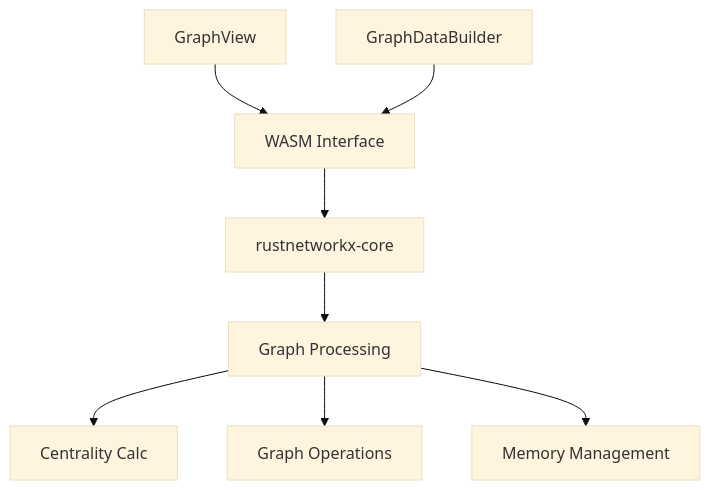
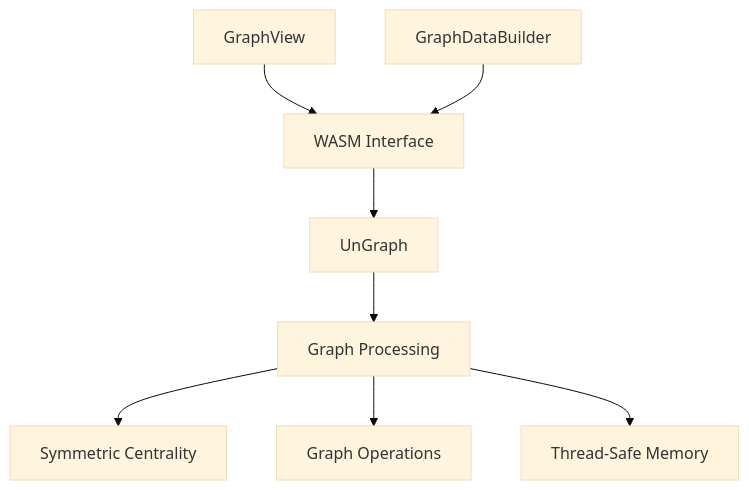
One commit to luolanaaTUD/obsidian-graph-analysis changed the second of 2 diagrams in memory-bank/systemPatterns.md. Above: the diagram before and after it, drawn with Mermaid (base theme). The commit also changed other lines of this file and 10 other files, not shown here.

First line of the commit message:
refactor: migrate to undirected graphs for symmetric note relationships

````diff
--- a/memory-bank/systemPatterns.md
+++ b/memory-bank/systemPatterns.md
@@ -54,10 +59,10 @@
 ```mermaid
 graph TD
     A[GraphView] --> B[WASM Interface]
     C[GraphDataBuilder] --> B
-    B --> D[rustnetworkx-core]
+    B --> D[UnGraph]
     D --> E[Graph Processing]
-    E --> F[Centrality Calc]
+    E --> F[Symmetric Centrality]
     E --> G[Graph Operations]
-    E --> H[Memory Management]
+    E --> H[Thread-Safe Memory]
 ```
````
